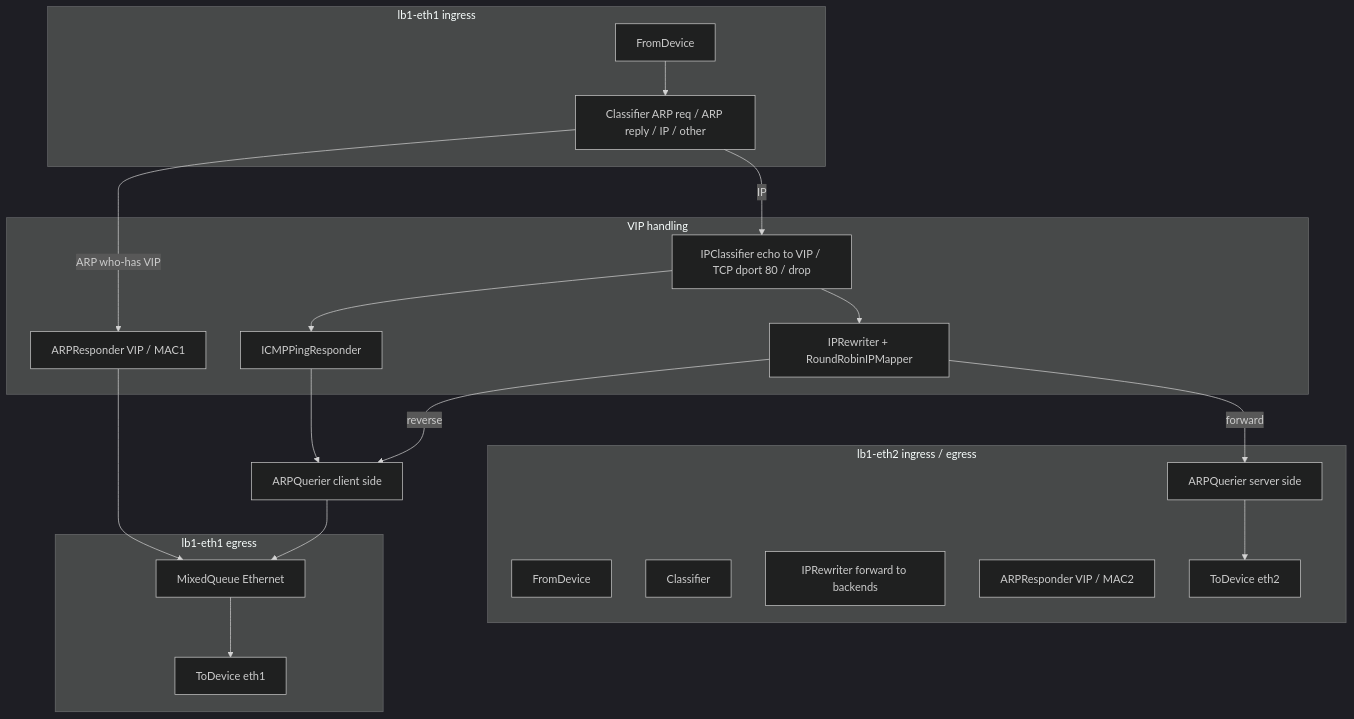
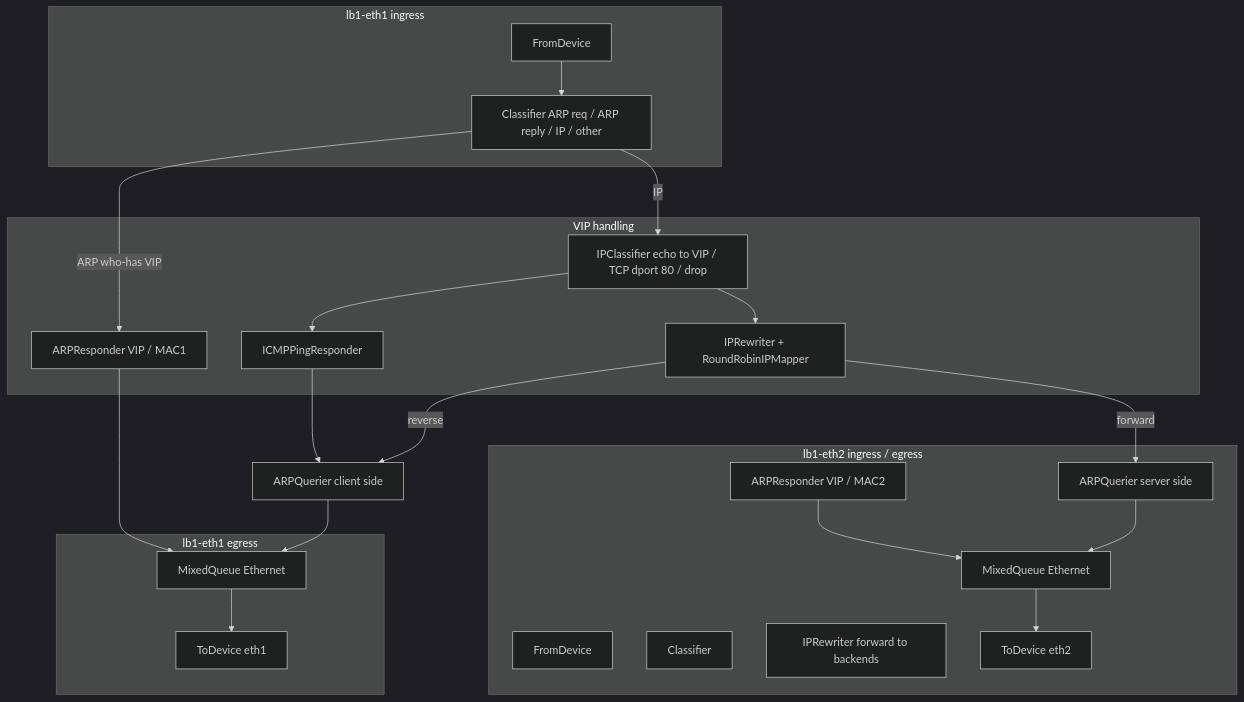
One commit to Hong-yiii/ML-networking changed the second of 2 diagrams in docs/load_balancer.md. Above: the diagram before and after it, drawn with Mermaid (dark theme). The commit also changed other lines of this file, not shown here.

````diff
--- a/docs/load_balancer.md
+++ b/docs/load_balancer.md
@@ -56,38 +56,41 @@
 ```mermaid
 flowchart TB
   subgraph clientSide[lb1-eth1 ingress]
     E1[FromDevice]
     C1[Classifier ARP req / ARP reply / IP / other]
     E1 --> C1
   end
   subgraph vip[VIP handling]
     AR1[ARPResponder VIP / MAC1]
     IPC[IPClassifier echo to VIP / TCP dport 80 / drop]
     ICMP[ICMPPingResponder]
     RW[IPRewriter + RoundRobinIPMapper]
   end
   C1 -->|ARP who-has VIP| AR1
   C1 -->|IP| IPC
   IPC --> ICMP
   IPC --> RW
   ARQ1[ARPQuerier client side]
   ICMP --> ARQ1
   RW -->|reverse| ARQ1
   subgraph eth1Egress[lb1-eth1 egress]
     TX1[MixedQueue Ethernet]
     TD1[ToDevice eth1]
   end
   AR1 --> TX1
   ARQ1 --> TX1
   TX1 --> TD1
   subgraph serverSide[lb1-eth2 ingress / egress]
     E2[FromDevice]
     C2[Classifier]
     RW0[IPRewriter forward to backends]
     AR2[ARPResponder VIP / MAC2]
     ARQ2[ARPQuerier server side]
+    TX2[MixedQueue Ethernet]
     TD2[ToDevice eth2]
   end
   RW -->|forward| ARQ2
-  ARQ2 --> TD2
+  AR2 --> TX2
+  ARQ2 --> TX2
+  TX2 --> TD2
 ```
````
